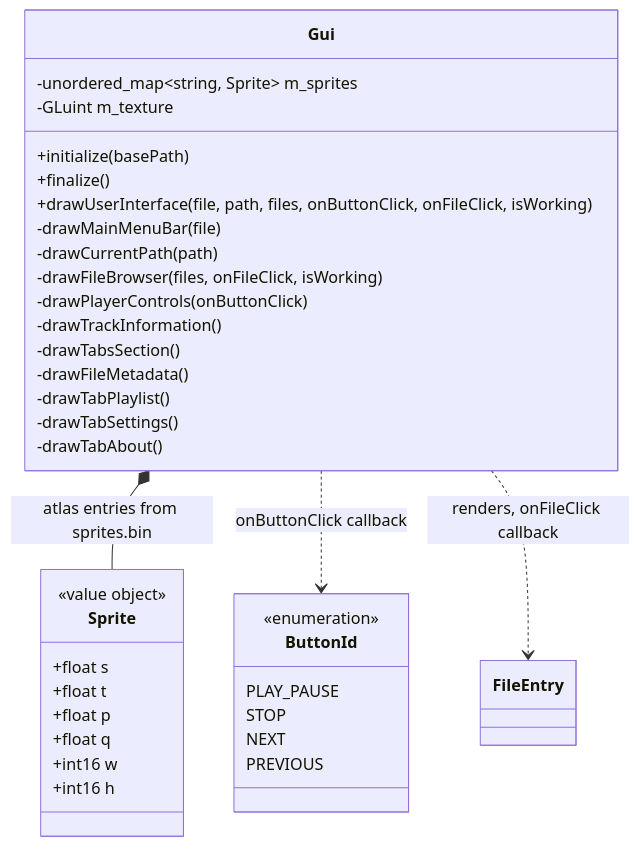
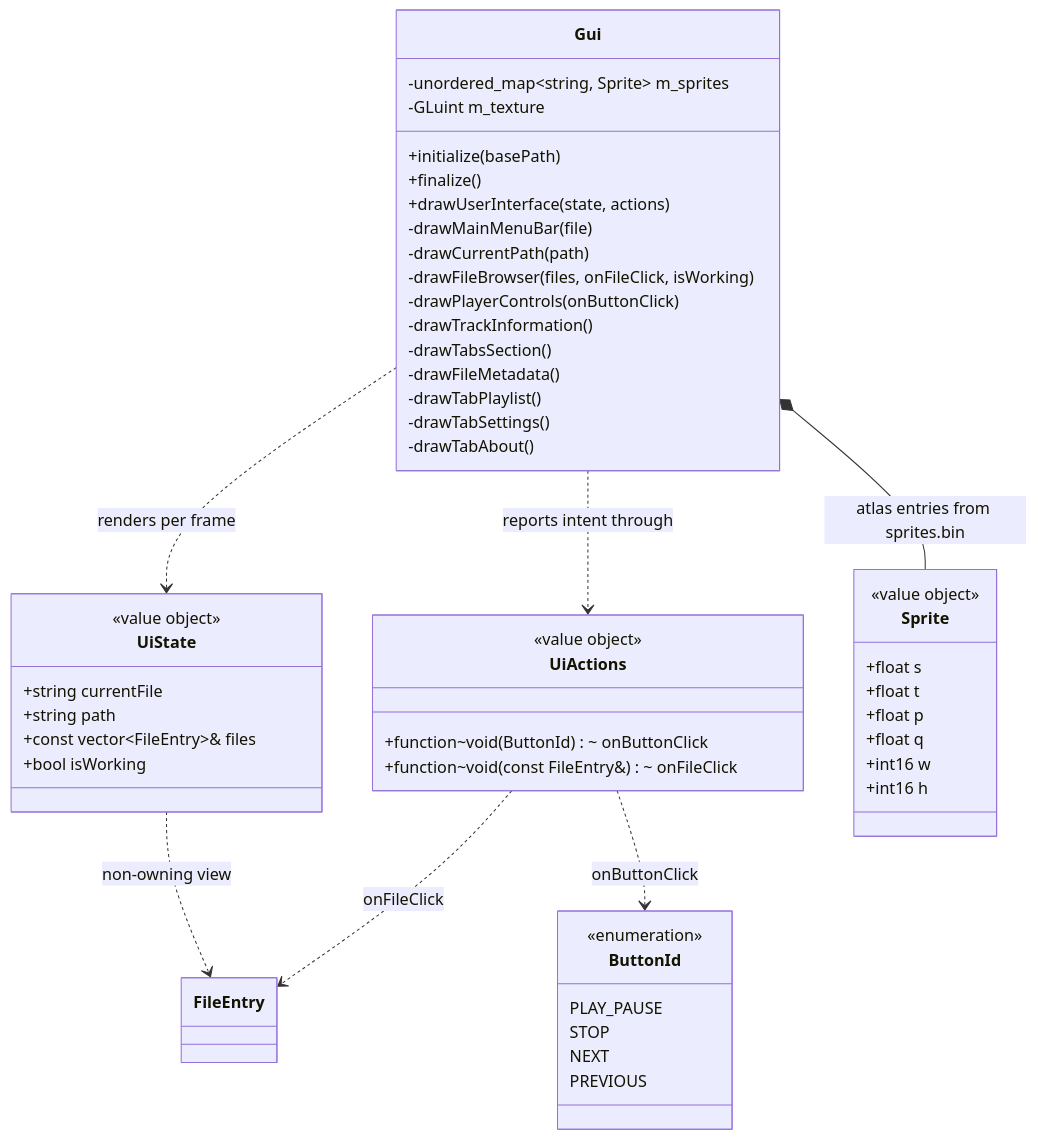
Before and after one commit to notnotme/osp2: the diagram in docs/ui.md, drawn with Mermaid. The commit also changed other lines of this file and 10 other files, not shown here.

````diff
--- a/docs/ui.md
+++ b/docs/ui.md
@@ -5,42 +5,59 @@
 ```mermaid
 classDiagram
     class Gui {
         -unordered_map~string, Sprite~ m_sprites
         -GLuint m_texture
         +initialize(basePath)
         +finalize()
-        +drawUserInterface(file, path, files, onButtonClick, onFileClick, isWorking)
+        +drawUserInterface(state, actions)
         -drawMainMenuBar(file)
         -drawCurrentPath(path)
         -drawFileBrowser(files, onFileClick, isWorking)
         -drawPlayerControls(onButtonClick)
         -drawTrackInformation()
         -drawTabsSection()
         -drawFileMetadata()
         -drawTabPlaylist()
         -drawTabSettings()
         -drawTabAbout()
+    }
+
+    class UiState {
+        <<value object>>
+        +string currentFile
+        +string path
+        +const vector~FileEntry~& files
+        +bool isWorking
+    }
+
+    class UiActions {
+        <<value object>>
+        +function~void(ButtonId)~ onButtonClick
+        +function~void(const FileEntry&)~ onFileClick
     }
 
     class Sprite {
         <<value object>>
         +float s
         +float t
         +float p
         +float q
         +int16 w
         +int16 h
     }
 
     class ButtonId {
         <<enumeration>>
         PLAY_PAUSE
         STOP
         NEXT
         PREVIOUS
     }
 
     Gui *-- Sprite : atlas entries from sprites.bin
-    Gui ..> ButtonId : onButtonClick callback
-    Gui ..> FileEntry : renders, onFileClick callback
+    Gui ..> UiState : renders per frame
+    Gui ..> UiActions : reports intent through
+    UiState ..> FileEntry : non-owning view
+    UiActions ..> ButtonId : onButtonClick
+    UiActions ..> FileEntry : onFileClick
 ```
````
